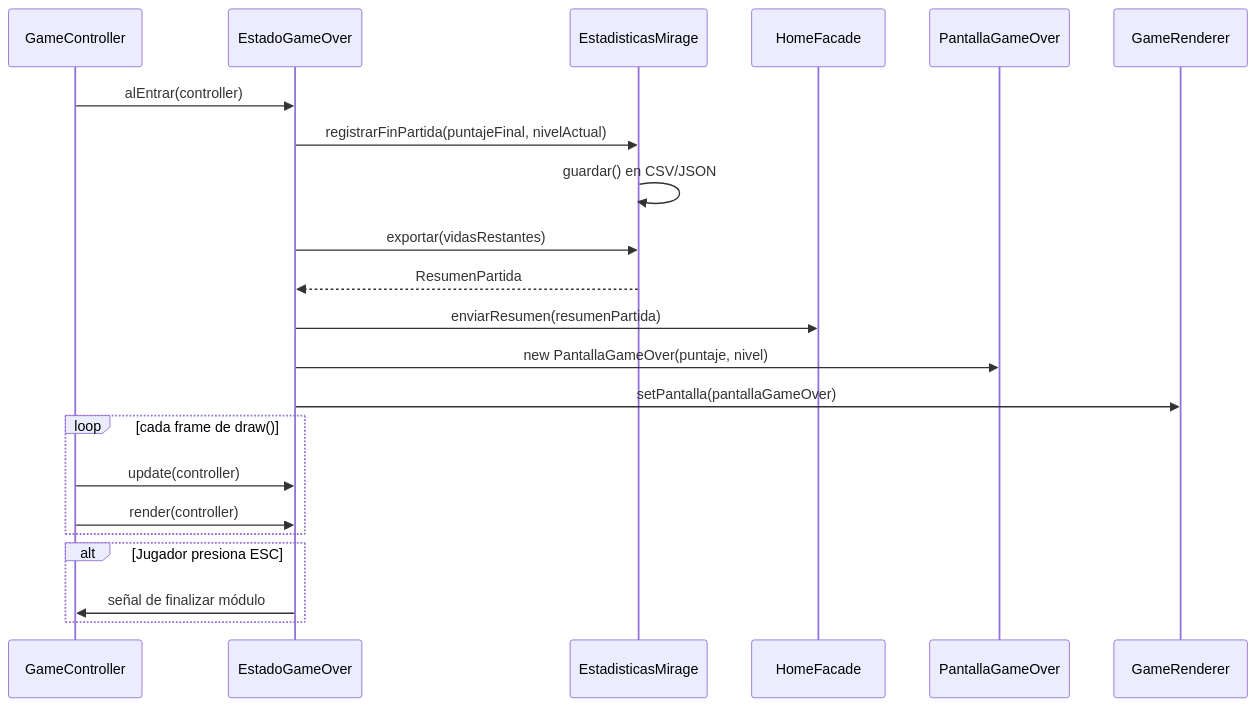
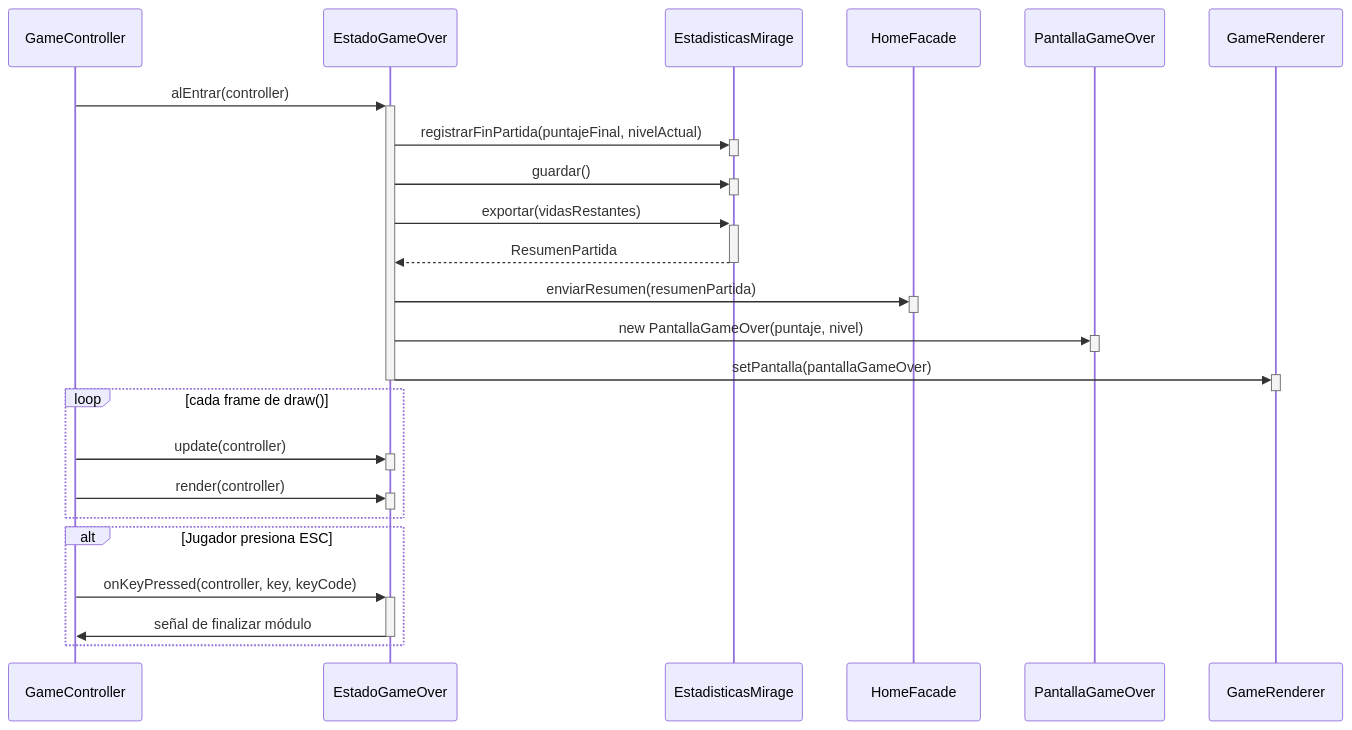
The sixth of 12 diagrams in docs/analisis/casos-de-uso.md (Christian-Rojas-Rodriguez/juego-1982), drawn with Mermaid before and after one commit. The commit also changed other lines of this file, not shown here.

Commit message:
Agregar rectángulos de activación a todos los diagramas de secuencia

````diff
--- a/docs/analisis/casos-de-uso.md
+++ b/docs/analisis/casos-de-uso.md
@@ -231,27 +261,37 @@
 ```mermaid
 sequenceDiagram
     participant GameController
     participant EstadoGameOver
     participant EstadisticasMirage
     participant HomeFacade
     participant PantallaGameOver
     participant GameRenderer
 
-    GameController->>EstadoGameOver: alEntrar(controller)
-    EstadoGameOver->>EstadisticasMirage: registrarFinPartida(puntajeFinal, nivelActual)
-    EstadisticasMirage->>EstadisticasMirage: guardar() en CSV/JSON
-    EstadoGameOver->>EstadisticasMirage: exportar(vidasRestantes)
-    EstadisticasMirage-->>EstadoGameOver: ResumenPartida
-    EstadoGameOver->>HomeFacade: enviarResumen(resumenPartida)
-    EstadoGameOver->>PantallaGameOver: new PantallaGameOver(puntaje, nivel)
-    EstadoGameOver->>GameRenderer: setPantalla(pantallaGameOver)
+    GameController->>+EstadoGameOver: alEntrar(controller)
+    EstadoGameOver->>+EstadisticasMirage: registrarFinPartida(puntajeFinal, nivelActual)
+    deactivate EstadisticasMirage
+    EstadoGameOver->>+EstadisticasMirage: guardar()
+    deactivate EstadisticasMirage
+    EstadoGameOver->>+EstadisticasMirage: exportar(vidasRestantes)
+    EstadisticasMirage-->>-EstadoGameOver: ResumenPartida
+    EstadoGameOver->>+HomeFacade: enviarResumen(resumenPartida)
+    deactivate HomeFacade
+    EstadoGameOver->>+PantallaGameOver: new PantallaGameOver(puntaje, nivel)
+    deactivate PantallaGameOver
+    EstadoGameOver->>+GameRenderer: setPantalla(pantallaGameOver)
+    deactivate GameRenderer
+    deactivate EstadoGameOver
 
     loop cada frame de draw()
-        GameController->>EstadoGameOver: update(controller)
-        GameController->>EstadoGameOver: render(controller)
+        GameController->>+EstadoGameOver: update(controller)
+        deactivate EstadoGameOver
+        GameController->>+EstadoGameOver: render(controller)
+        deactivate EstadoGameOver
     end
 
     alt Jugador presiona ESC
+        GameController->>+EstadoGameOver: onKeyPressed(controller, key, keyCode)
         EstadoGameOver->>GameController: señal de finalizar módulo
+        deactivate EstadoGameOver
     end
 ```
````
